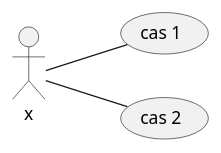
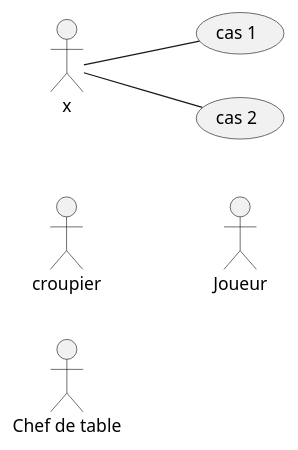
The first of 2 diagrams in docs/UseCase/index.md (420-3DG-HY/_ExercicesAnalyse), drawn with PlantUML before and after one commit. The commit also changed 2 other files, not shown here.

Commit message:
Abstractions complétées

````diff
--- a/docs/UseCase/index.md
+++ b/docs/UseCase/index.md
@@ -3,7 +3,14 @@
 ```plantuml
 
 left to right direction
+
+actor  croupier
+
+actor "Chef de table" as Chef
+
+actor Joueur
+
 x--(cas 1)
 x--(cas 2)
 
 ```
````
